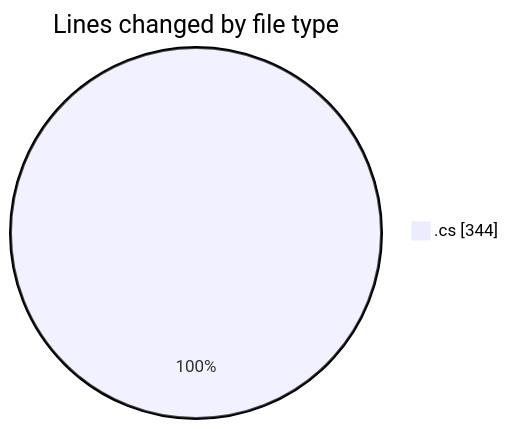
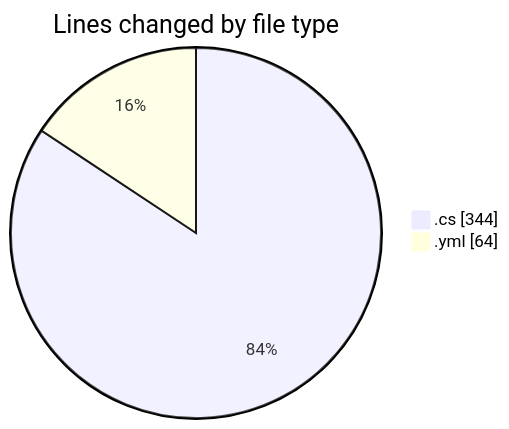
The first of 2 diagrams in 2025-04-29/back-end/README.md (Netris89/code-tracking), drawn with Mermaid before and after one commit. The commit also changed other lines of this file and 1 other file, not shown here.

````diff
--- a/2025-04-29/back-end/README.md
+++ b/2025-04-29/back-end/README.md
@@ -23,5 +24,6 @@
 ```mermaid
 pie showData
 title Lines changed by file type
 ".cs" : 344
+".yml" : 64
 ```
````
